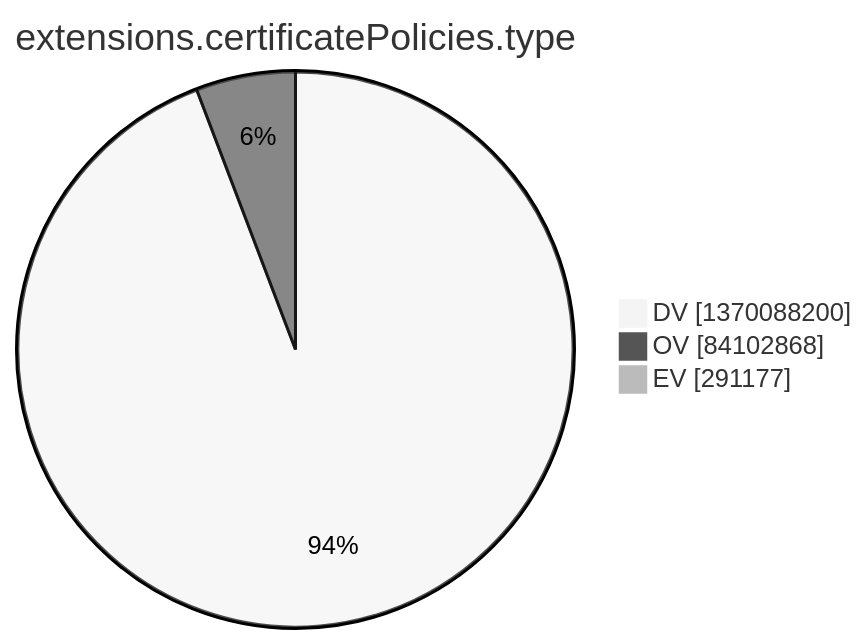
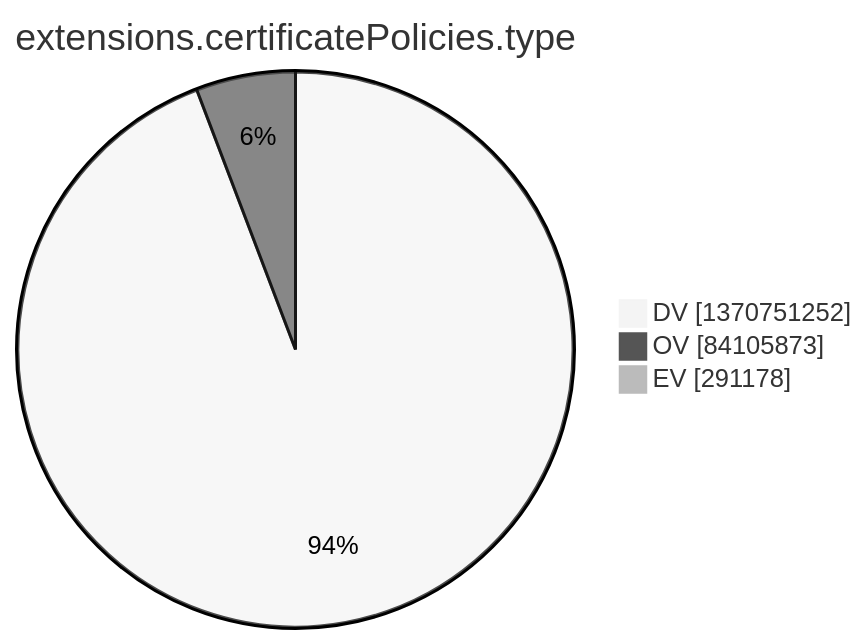
Before and after one commit to christiankrug/ctmonitor_visualization: the tenth of 15 diagrams in argon2022/README.md, drawn with Mermaid (neutral theme). The commit also changed other lines of this file, not shown here.

````diff
--- a/argon2022/README.md
+++ b/argon2022/README.md
@@ -2773,7 +2773,7 @@
 ```mermaid
 pie showData
 title extensions.certificatePolicies.type
-"DV" :1370088200
-"OV" :84102868
-"EV" :291177
+"DV" :1370751252
+"OV" :84105873
+"EV" :291178
 ```
````
